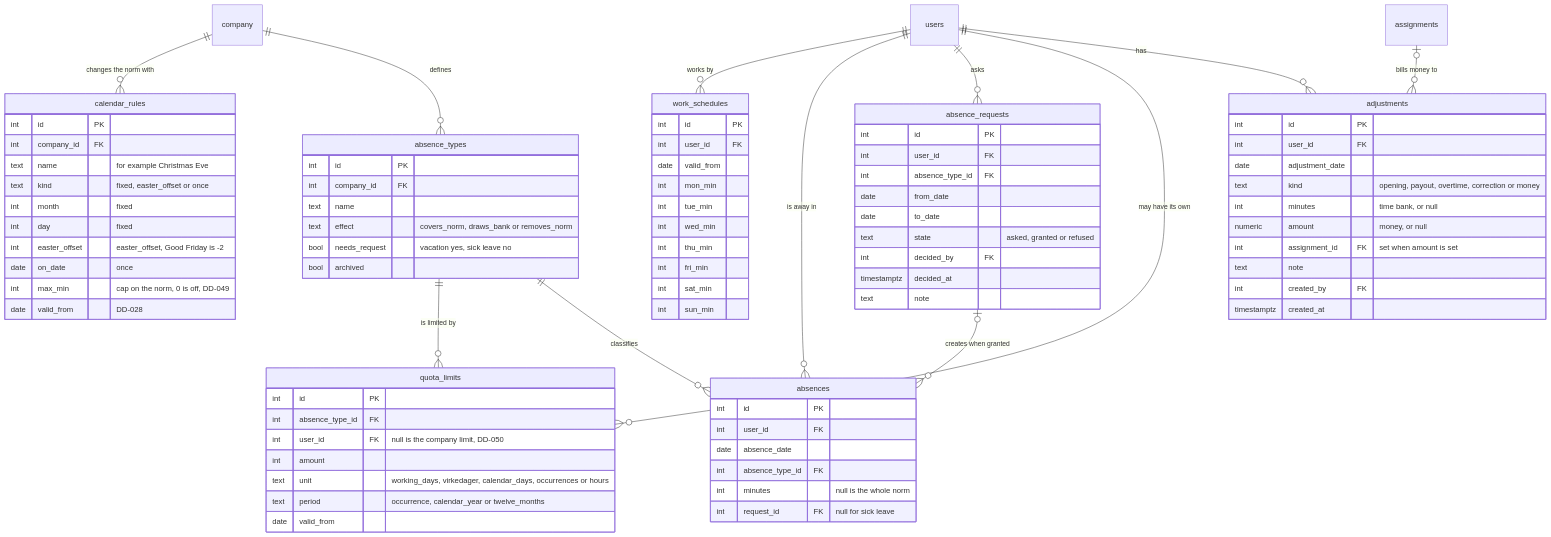
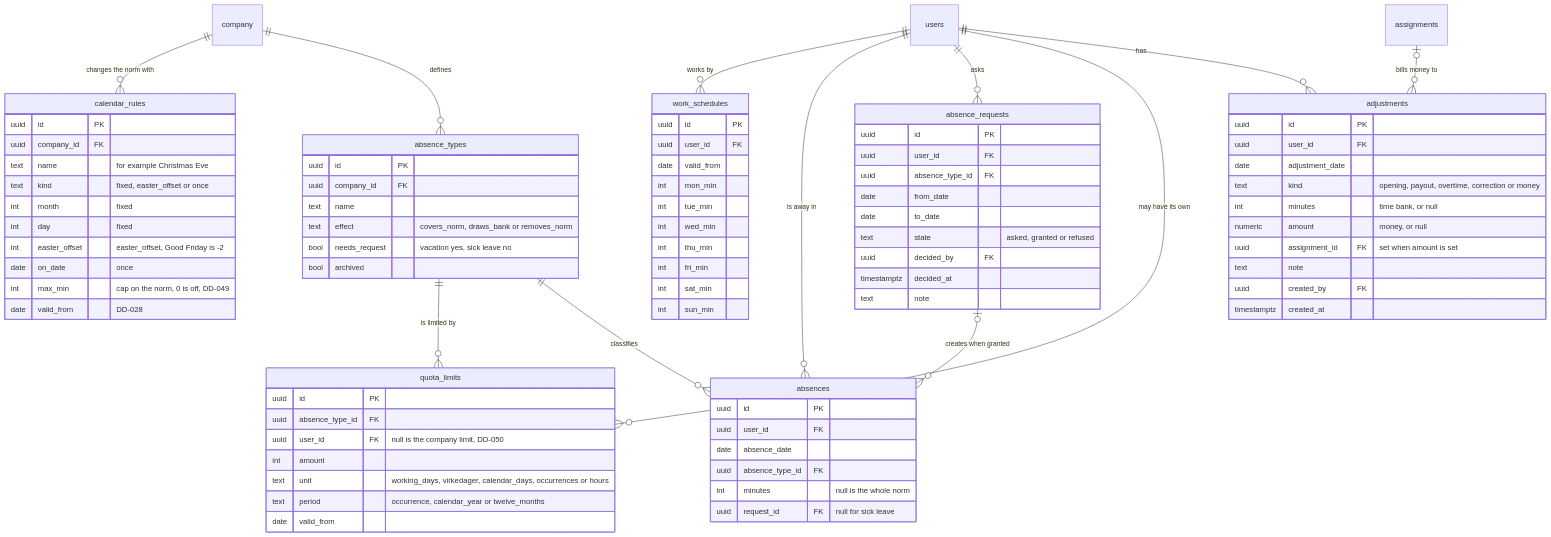
The second of 2 diagrams in server-dotnet/docs/data-model.md (TerjeBallestad/time-turtle), drawn with Mermaid before and after one commit. The commit also changed other lines of this file and 7 other files, not shown here.

````diff
--- a/server-dotnet/docs/data-model.md
+++ b/server-dotnet/docs/data-model.md
@@ -128,8 +128,8 @@
   assignments |o--o{ adjustments : "bills money to"
 
   work_schedules {
-    int id PK
-    int user_id FK
+    uuid id PK
+    uuid user_id FK
     date valid_from
     int mon_min
     int tue_min
@@ -140,8 +140,8 @@
     int sun_min
   }
   calendar_rules {
-    int id PK
-    int company_id FK
+    uuid id PK
+    uuid company_id FK
     text name "for example Christmas Eve"
     text kind "fixed, easter_offset or once"
     int month "fixed"
@@ -152,51 +152,51 @@
     date valid_from "DD-028"
   }
   absence_types {
-    int id PK
-    int company_id FK
+    uuid id PK
+    uuid company_id FK
     text name
     text effect "covers_norm, draws_bank or removes_norm"
     bool needs_request "vacation yes, sick leave no"
     bool archived
   }
   quota_limits {
-    int id PK
-    int absence_type_id FK
-    int user_id FK "null is the company limit, DD-050"
+    uuid id PK
+    uuid absence_type_id FK
+    uuid user_id FK "null is the company limit, DD-050"
     int amount
     text unit "working_days, virkedager, calendar_days, occurrences or hours"
     text period "occurrence, calendar_year or twelve_months"
     date valid_from
   }
   absences {
-    int id PK
-    int user_id FK
+    uuid id PK
+    uuid user_id FK
     date absence_date
-    int absence_type_id FK
+    uuid absence_type_id FK
     int minutes "null is the whole norm"
-    int request_id FK "null for sick leave"
+    uuid request_id FK "null for sick leave"
   }
   absence_requests {
-    int id PK
-    int user_id FK
-    int absence_type_id FK
+    uuid id PK
+    uuid user_id FK
+    uuid absence_type_id FK
     date from_date
     date to_date
     text state "asked, granted or refused"
-    int decided_by FK
+    uuid decided_by FK
     timestamptz decided_at
     text note
   }
   adjustments {
-    int id PK
-    int user_id FK
+    uuid id PK
+    uuid user_id FK
     date adjustment_date
     text kind "opening, payout, overtime, correction or money"
     int minutes "time bank, or null"
     numeric amount "money, or null"
-    int assignment_id FK "set when amount is set"
+    uuid assignment_id FK "set when amount is set"
     text note
-    int created_by FK
+    uuid created_by FK
     timestamptz created_at
   }
 ```
````
